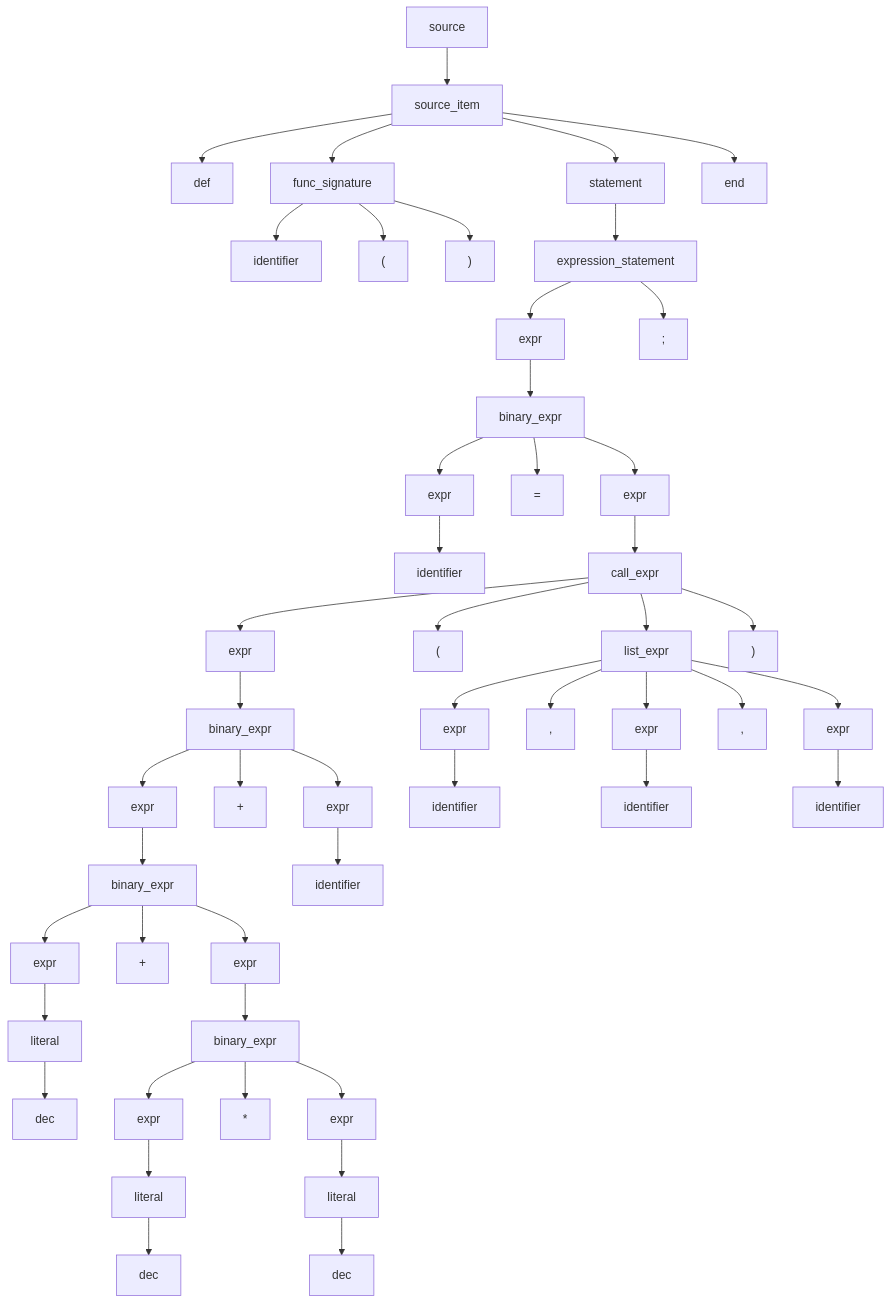
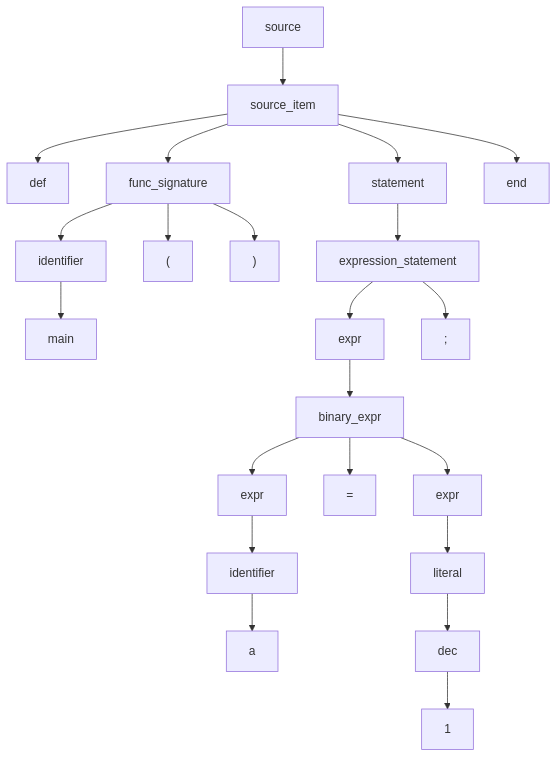
The diagram in ast.mmd (ErnandesDaniel/system-software-lab-2), drawn with Mermaid before and after one commit. The commit also changed 2 other files, not shown here.

```diff
--- a/ast.mmd
+++ b/ast.mmd
@@ -1,98 +1,44 @@
 graph TD;
 N0["source"]
 N1["source_item"]
 N0 --> N1
 N2["def"]
 N1 --> N2
 N3["func_signature"]
 N1 --> N3
 N4["identifier"]
 N3 --> N4
-N5["("]
-N3 --> N5
-N6[")"]
+N5["main"]
+N4 --> N5
+N6["("]
 N3 --> N6
-N7["statement"]
-N1 --> N7
-N8["expression_statement"]
-N7 --> N8
-N9["expr"]
+N7[")"]
+N3 --> N7
+N8["statement"]
+N1 --> N8
+N9["expression_statement"]
 N8 --> N9
-N10["binary_expr"]
+N10["expr"]
 N9 --> N10
-N11["expr"]
+N11["binary_expr"]
 N10 --> N11
-N12["identifier"]
+N12["expr"]
 N11 --> N12
-N13["="]
-N10 --> N13
-N14["expr"]
-N10 --> N14
-N15["call_expr"]
-N14 --> N15
+N13["identifier"]
+N12 --> N13
+N14["a"]
+N13 --> N14
+N15["="]
+N11 --> N15
 N16["expr"]
-N15 --> N16
-N17["binary_expr"]
+N11 --> N16
+N17["literal"]
 N16 --> N17
-N18["expr"]
+N18["dec"]
 N17 --> N18
-N19["binary_expr"]
+N19["1"]
 N18 --> N19
-N20["expr"]
-N19 --> N20
-N21["literal"]
-N20 --> N21
-N22["dec"]
-N21 --> N22
-N23["+"]
-N19 --> N23
-N24["expr"]
-N19 --> N24
-N25["binary_expr"]
-N24 --> N25
-N26["expr"]
-N25 --> N26
-N27["literal"]
-N26 --> N27
-N28["dec"]
-N27 --> N28
-N29["*"]
-N25 --> N29
-N30["expr"]
-N25 --> N30
-N31["literal"]
-N30 --> N31
-N32["dec"]
-N31 --> N32
-N33["+"]
-N17 --> N33
-N34["expr"]
-N17 --> N34
-N35["identifier"]
-N34 --> N35
-N36["("]
-N15 --> N36
-N37["list_expr"]
-N15 --> N37
-N38["expr"]
-N37 --> N38
-N39["identifier"]
-N38 --> N39
-N40[","]
-N37 --> N40
-N41["expr"]
-N37 --> N41
-N42["identifier"]
-N41 --> N42
-N43[","]
-N37 --> N43
-N44["expr"]
-N37 --> N44
-N45["identifier"]
-N44 --> N45
-N46[")"]
-N15 --> N46
-N47[";"]
-N8 --> N47
-N48["end"]
-N1 --> N48
+N20[";"]
+N9 --> N20
+N21["end"]
+N1 --> N21
```
